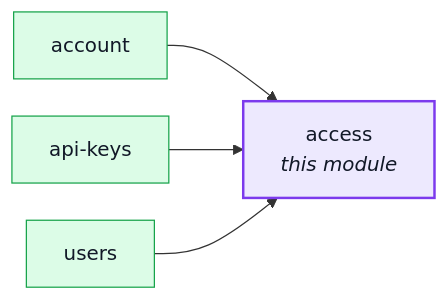
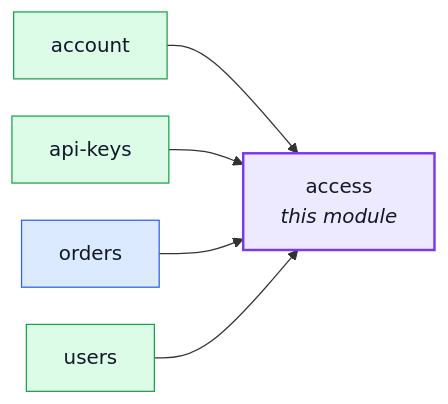
Before and after one commit to Guebbit/boilerplate-node-backend: the diagram in docs/modules/access.md, drawn with Mermaid. The commit also changed 8 other files, not shown here.

````diff
--- a/docs/modules/access.md
+++ b/docs/modules/access.md
@@ -19,19 +19,22 @@
 ```mermaid
 %%{init: {'flowchart': {'nodeSpacing': 30, 'rankSpacing': 60}}}%%
 flowchart LR
     access["access<br/><i>this module</i>"]
     account["account"]
     api_keys["api-keys"]
+    orders["orders"]
     users["users"]
 
     account --> access
     api_keys --> access
+    orders --> access
     users --> access
 
     classDef core fill:#dbeafe,stroke:#2563eb,color:#111827;
     classDef supporting fill:#fef3c7,stroke:#d97706,color:#111827;
     classDef generic fill:#dcfce7,stroke:#16a34a,color:#111827;
     classDef centre fill:#ede9fe,stroke:#7c3aed,stroke-width:2px,color:#111827;
+    class orders core;
     class account,api_keys,users generic;
     class access centre;
 ```
````
